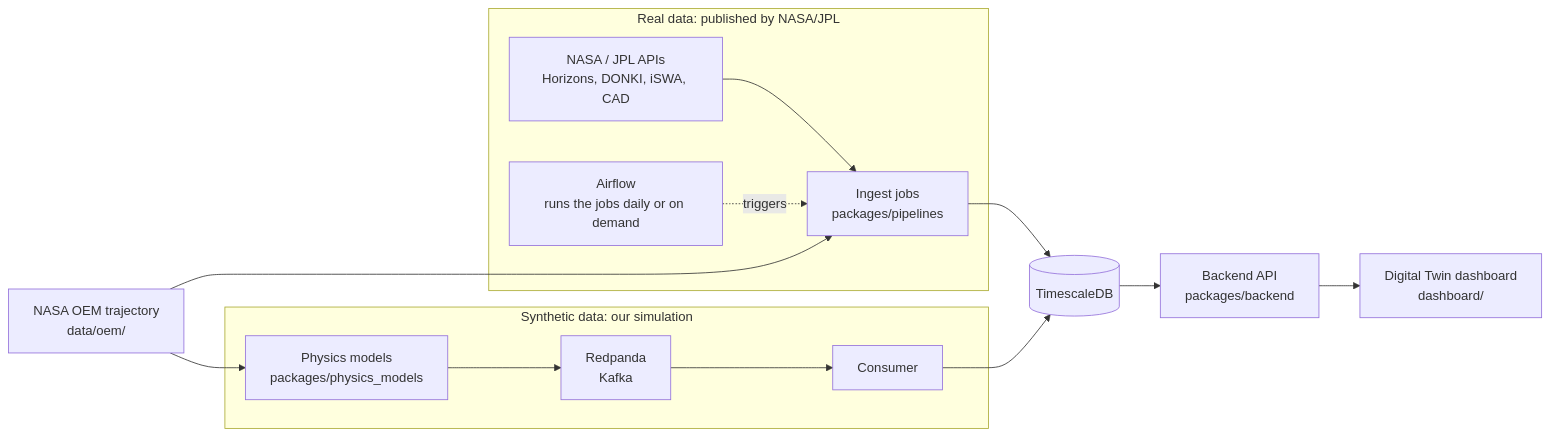
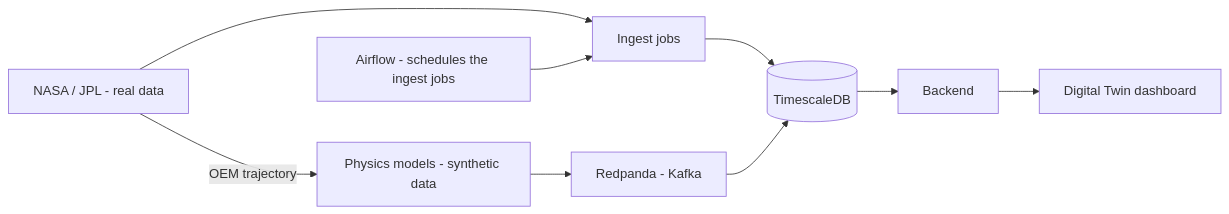
One commit to datatribe-collective-labs/telemetry changed the diagram in README.md. Above: the diagram before and after it, drawn with Mermaid. The commit also changed other lines of this file, not shown here.

First line of the commit message:
docs: simpler architecture diagram and real/synthetic data section (#42)

````diff
--- a/README.md
+++ b/README.md
@@ -10,28 +10,20 @@
 ```mermaid
 flowchart LR
-    subgraph REAL["Real data: published by NASA/JPL"]
-        Sources["NASA / JPL APIs<br/>Horizons, DONKI, iSWA, CAD"]
-        Airflow["Airflow<br/>runs the jobs daily or on demand"]
-        Ingest["Ingest jobs<br/>packages/pipelines"]
-        Sources --> Ingest
-        Airflow -. triggers .-> Ingest
-    end
+    NASA["NASA / JPL - real data"]
+    Airflow["Airflow - schedules the ingest jobs"]
+    Ingest["Ingest jobs"]
+    Physics["Physics models - synthetic data"]
+    Kafka["Redpanda - Kafka"]
+    DB[("TimescaleDB")]
+    API["Backend"]
+    Twin["Digital Twin dashboard"]
 
-    subgraph SYN["Synthetic data: our simulation"]
-        Physics["Physics models<br/>packages/physics_models"]
-        Kafka["Redpanda<br/>Kafka"]
-        Consumer["Consumer"]
-        Physics --> Kafka --> Consumer
-    end
-
-    OEM["NASA OEM trajectory<br/>data/oem/"]
-    DB[("TimescaleDB")]
-    API["Backend API<br/>packages/backend"]
-    Twin["Digital Twin dashboard<br/>dashboard/"]
-
-    OEM --> Ingest
-    OEM --> Physics
+    NASA --> Ingest
+    Airflow --> Ingest
     Ingest --> DB
-    Consumer --> DB
-    DB --> API --> Twin
+    NASA -- OEM trajectory --> Physics
+    Physics --> Kafka
+    Kafka --> DB
+    DB --> API
+    API --> Twin
 ```
````
